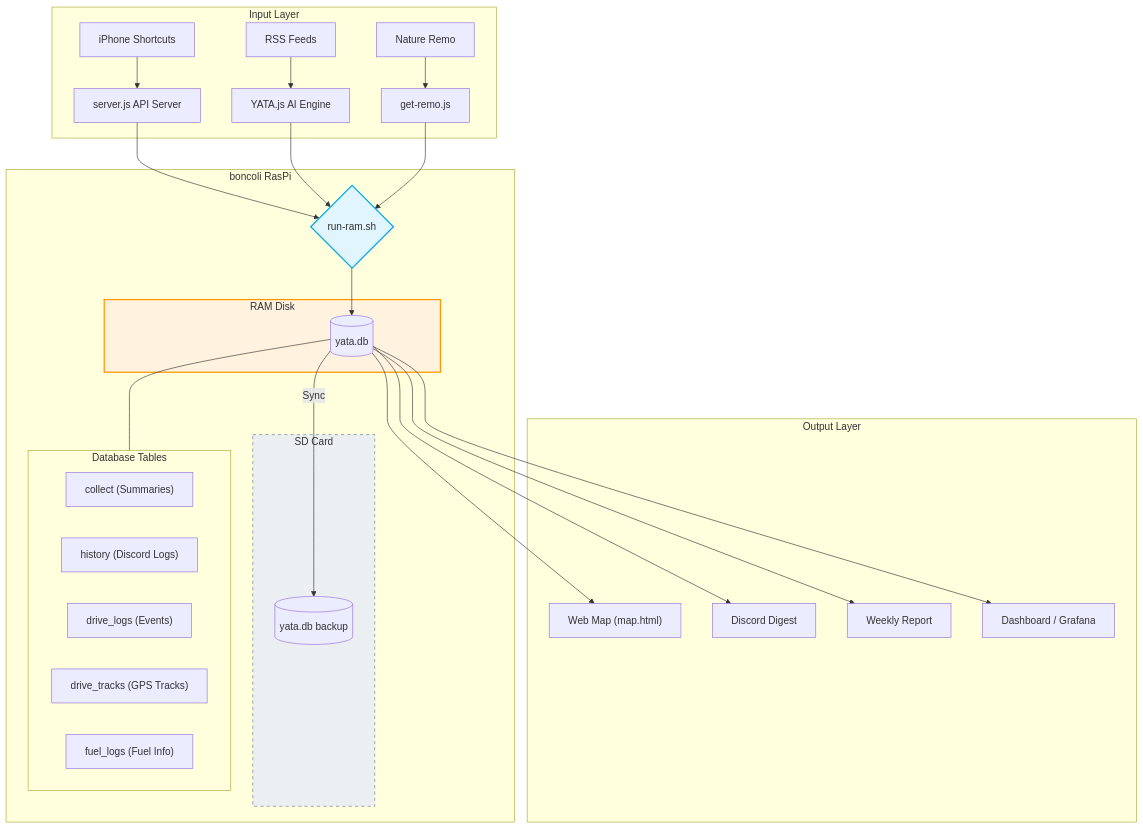
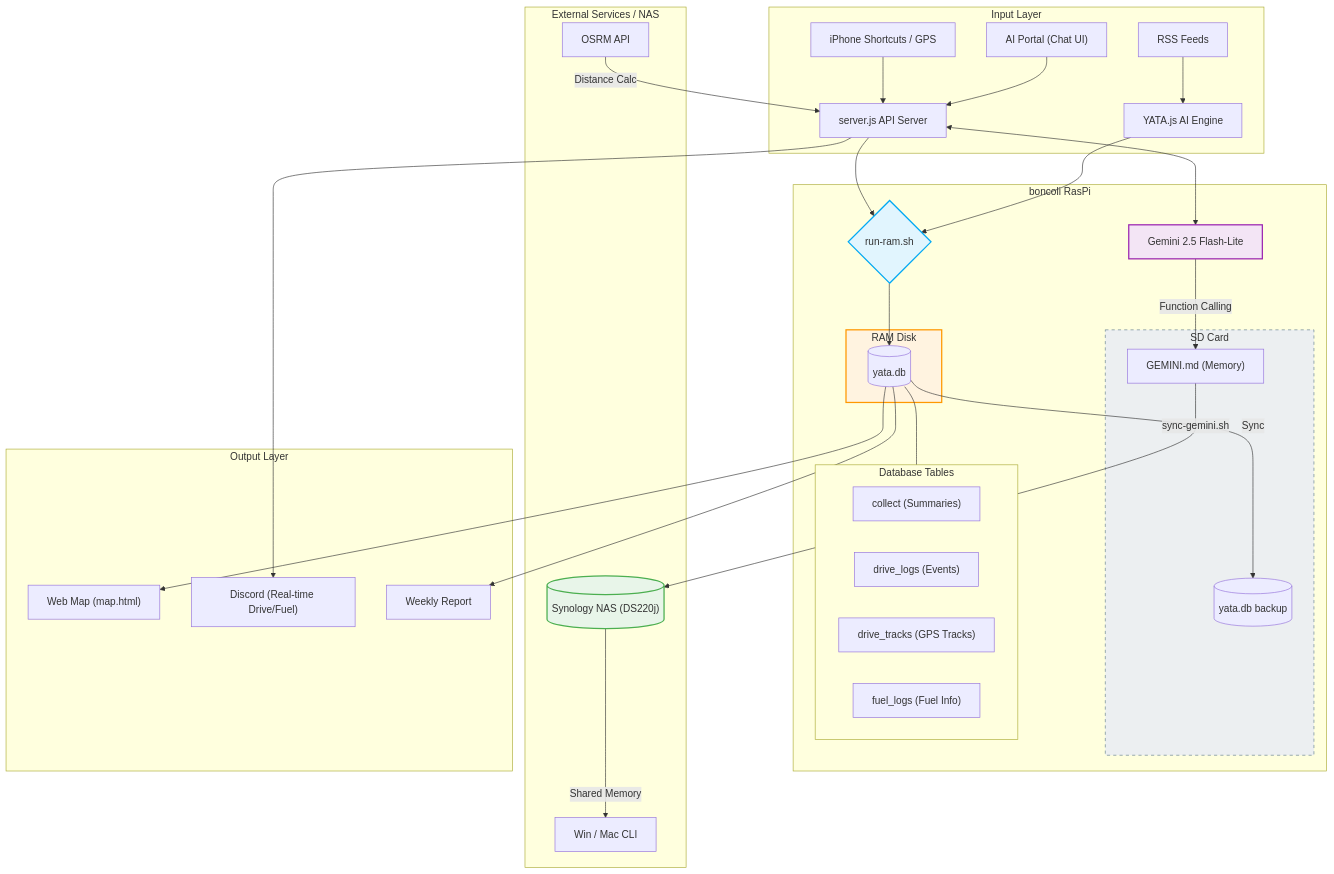
Before and after one commit to Boncoli/YATA-GAS: the diagram in PROJECT_ARCHITECTURE.md, drawn with Mermaid. The commit also changed other lines of this file and 4 other files, not shown here.

````diff
--- a/PROJECT_ARCHITECTURE.md
+++ b/PROJECT_ARCHITECTURE.md
@@ -7,53 +7,65 @@
 ```mermaid
 flowchart TD
     %% --- Input Layer ---
     subgraph Inputs ["Input Layer"]
-        iPhone["iPhone Shortcuts"] --> API
+        iPhone["iPhone Shortcuts / GPS"] --> API
         RSS["RSS Feeds"] --> YATA_JS["YATA.js AI Engine"]
-        Remo["Nature Remo"] --> Remo_Module["get-remo.js"]
+        Portal["AI Portal (Chat UI)"] --> API
     end
 
     %% --- Processing Layer ---
     subgraph RasPi ["boncoli RasPi"]
         API["server.js API Server"]
         
         subgraph RAMDISK ["RAM Disk"]
             DB_RAM[("yata.db")]
         end
 
         subgraph SDCARD ["SD Card"]
             DB_SD[("yata.db backup")]
+            Memory["GEMINI.md (Memory)"]
         end
 
         Wrapper{"run-ram.sh"}
         
         API --> Wrapper
         YATA_JS --> Wrapper
-        Remo_Module --> Wrapper
         
         Wrapper --> DB_RAM
         DB_RAM -- "Sync" --> DB_SD
 
         subgraph Tables ["Database Tables"]
             T1["collect (Summaries)"]
-            T2["history (Discord Logs)"]
             T3["drive_logs (Events)"]
             T4["drive_tracks (GPS Tracks)"]
             T5["fuel_logs (Fuel Info)"]
         end
         DB_RAM --- Tables
+        
+        %% --- AI Interaction ---
+        API <--> LLM["Gemini 2.5 Flash-Lite"]
+        LLM -- "Function Calling" --> Memory
+    end
+
+    %% --- External Sync ---
+    subgraph External ["External Services / NAS"]
+        NAS[("Synology NAS (DS220j)")]
+        Memory -- "sync-gemini.sh" --> NAS
+        NAS -- "Shared Memory" --> Other_PCs["Win / Mac CLI"]
+        OSRM["OSRM API"] -- "Distance Calc" --> API
     end
 
     %% --- Output Layer ---
     subgraph Outputs ["Output Layer"]
         DB_RAM --> Map["Web Map (map.html)"]
-        DB_RAM --> Discord["Discord Digest"]
+        API --> Discord["Discord (Real-time Drive/Fuel)"]
         DB_RAM --> Gmail["Weekly Report"]
-        DB_RAM --> Dash["Dashboard / Grafana"]
     end
 
     %% Styling
     style RAMDISK fill:#fff3e0,stroke:#ff9800,stroke-width:2px
     style SDCARD fill:#eceff1,stroke:#607d8b,stroke-dasharray: 5 5
     style Wrapper fill:#e1f5fe,stroke:#03a9f4,stroke-width:2px
+    style LLM fill:#f3e5f5,stroke:#9c27b0,stroke-width:2px
+    style NAS fill:#e8f5e9,stroke:#4caf50,stroke-width:2px
 ```
````
